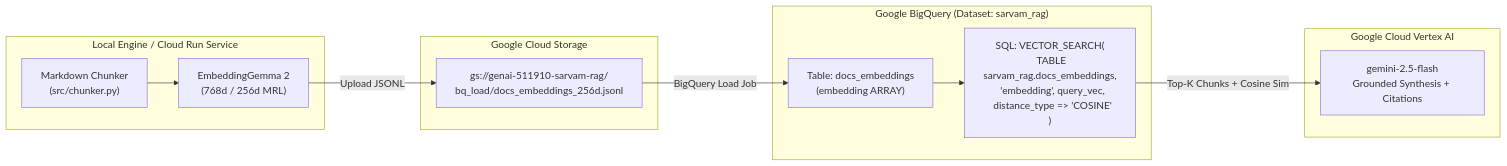
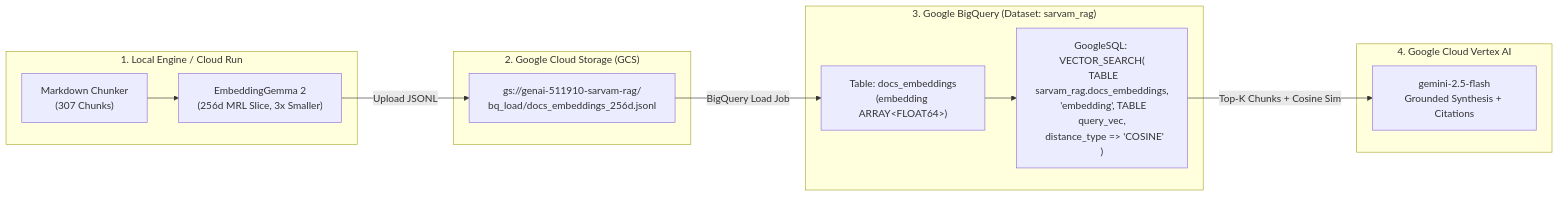
One commit to ajithvnr2001/sarvam-docs changed the diagram in rag-embeddinggemma2-course/course/08_gcp_bigquery_cloudrun_rag.md. Above: the diagram before and after it, drawn with Mermaid. The commit also changed other lines of this file and 14 other files, not shown here.

Commit message:
Fix all GFM/KaTeX/Mermaid lint issues & upgrade all 11 RAG course modules to MIT-Professor 4-pillar standard

````diff
--- a/rag-embeddinggemma2-course/course/08_gcp_bigquery_cloudrun_rag.md
+++ b/rag-embeddinggemma2-course/course/08_gcp_bigquery_cloudrun_rag.md
@@ -21,24 +20,24 @@
 ```mermaid
 flowchart LR
-    subgraph LocalOrCloudRun["Local Engine / Cloud Run Service"]
-        CH["Markdown Chunker\n(src/chunker.py)"] --> EG["EmbeddingGemma 2\n(768d / 256d MRL)"]
+    subgraph LocalOrCloudRun["1. Local Engine / Cloud Run"]
+        CH["Markdown Chunker<br/>(307 Chunks)"] --> EG["EmbeddingGemma 2<br/>(256d MRL Slice, 3x Smaller)"]
     end
 
-    subgraph GCPStorage["Google Cloud Storage"]
-        GCS["gs://genai-511910-sarvam-rag/\nbq_load/docs_embeddings_256d.jsonl"]
+    subgraph GCPStorage["2. Google Cloud Storage (GCS)"]
+        GCS["gs://genai-511910-sarvam-rag/<br/>bq_load/docs_embeddings_256d.jsonl"]
     end
 
-    subgraph GCPBigQuery["Google BigQuery (Dataset: sarvam_rag)"]
-        BQT["Table: docs_embeddings\n(embedding ARRAY<FLOAT64>)"]
-        BQS["SQL: VECTOR_SEARCH(\n  TABLE sarvam_rag.docs_embeddings,\n  'embedding', query_vec,\n  distance_type => 'COSINE'\n)"]
+    subgraph GCPBigQuery["3. Google BigQuery (Dataset: sarvam_rag)"]
+        BQT["Table: docs_embeddings<br/>(embedding ARRAY&lt;FLOAT64&gt;)"]
+        BQS["GoogleSQL: VECTOR_SEARCH(<br/>  TABLE sarvam_rag.docs_embeddings,<br/>  'embedding', TABLE query_vec,<br/>  distance_type => 'COSINE'<br/>)"]
         BQT --> BQS
     end
 
-    subgraph GCPVertex["Google Cloud Vertex AI"]
-        VAI["gemini-2.5-flash\nGrounded Synthesis + Citations"]
+    subgraph GCPVertex["4. Google Cloud Vertex AI"]
+        VAI["gemini-2.5-flash<br/>Grounded Synthesis + Citations"]
     end
 
     EG -->|"Upload JSONL"| GCS
     GCS -->|"BigQuery Load Job"| BQT
     BQS -->|"Top-K Chunks + Cosine Sim"| VAI
 ```
````
